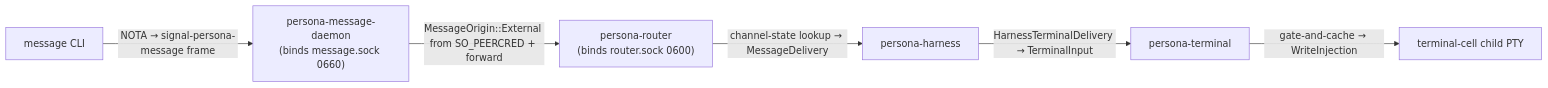
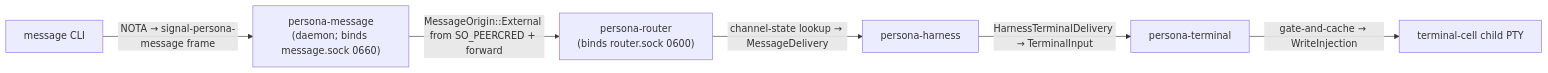
One commit to LiGoldragon/primary changed the first of 4 diagrams in reports/designer/143-prototype-readiness-gap-audit.md. Above: the diagram before and after it, drawn with Mermaid. The commit also changed other lines of this file and 2 other files, not shown here.

Commit message:
designer 145: component vs binary naming correction (-daemon suffix is file-level only); apply fixes to /143 + /144

````diff
--- a/reports/designer/143-prototype-readiness-gap-audit.md
+++ b/reports/designer/143-prototype-readiness-gap-audit.md
@@ -115,15 +115,15 @@
 ```mermaid
 flowchart LR
     cli["message CLI"]
-    mday["persona-message-daemon<br/>(binds message.sock 0660)"]
+    mday["persona-message<br/>(daemon; binds message.sock 0660)"]
     router["persona-router<br/>(binds router.sock 0600)"]
     harness["persona-harness"]
     terminal["persona-terminal"]
     cell["terminal-cell child PTY"]
 
     cli -->|"NOTA → signal-persona-message frame"| mday
     mday -->|"MessageOrigin::External from SO_PEERCRED + forward"| router
     router -->|"channel-state lookup → MessageDelivery"| harness
     harness -->|"HarnessTerminalDelivery → TerminalInput"| terminal
     terminal -->|"gate-and-cache → WriteInjection"| cell
 ```
````
